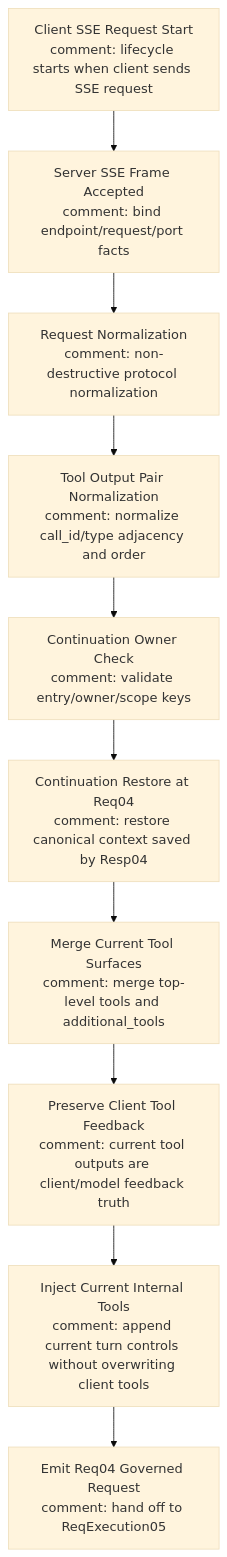
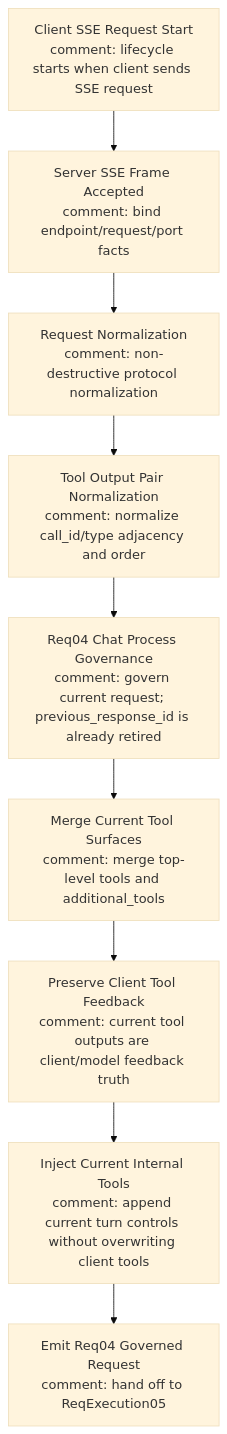
One commit to Jasonzhangf/routecodex changed the first of 2 diagrams in docs/architecture/wiki/v3-req04-tool-governance-review.md. Above: the diagram before and after it, drawn with Mermaid (base theme). The commit also changed other lines of this file and 287 other files, not shown here.

````diff
--- a/docs/architecture/wiki/v3-req04-tool-governance-review.md
+++ b/docs/architecture/wiki/v3-req04-tool-governance-review.md
@@ -56,12 +54,11 @@
 ```mermaid
 flowchart TD
   A[Client SSE Request Start\ncomment: lifecycle starts when client sends SSE request] --> B[Server SSE Frame Accepted\ncomment: bind endpoint/request/port facts]
   B --> C[Request Normalization\ncomment: non-destructive protocol normalization]
   C --> D[Tool Output Pair Normalization\ncomment: normalize call_id/type adjacency and order]
-  D --> E[Continuation Owner Check\ncomment: validate entry/owner/scope keys]
-  E --> F[Continuation Restore at Req04\ncomment: restore canonical context saved by Resp04]
-  F --> G[Merge Current Tool Surfaces\ncomment: merge top-level tools and additional_tools]
-  G --> H[Preserve Client Tool Feedback\ncomment: current tool outputs are client/model feedback truth]
-  H --> I[Inject Current Internal Tools\ncomment: append current turn controls without overwriting client tools]
-  I --> J[Emit Req04 Governed Request\ncomment: hand off to ReqExecution05]
+  D --> E[Req04 Chat Process Governance\ncomment: govern current request; previous_response_id is already retired]
+  E --> F[Merge Current Tool Surfaces\ncomment: merge top-level tools and additional_tools]
+  F --> G[Preserve Client Tool Feedback\ncomment: current tool outputs are client/model feedback truth]
+  G --> H[Inject Current Internal Tools\ncomment: append current turn controls without overwriting client tools]
+  H --> I[Emit Req04 Governed Request\ncomment: hand off to ReqExecution05]
 ```
````
